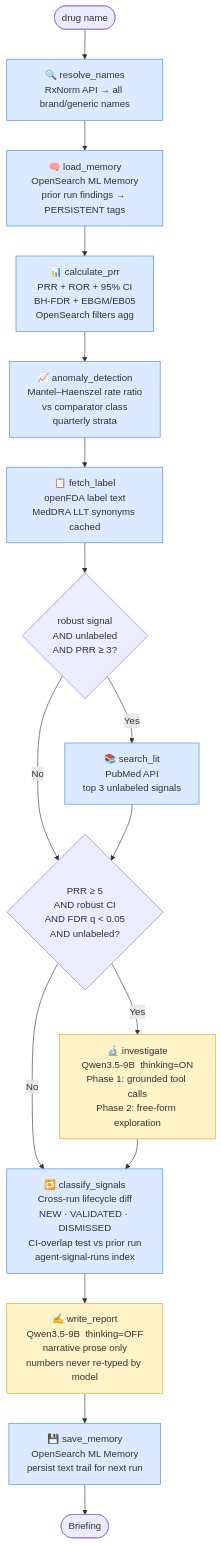
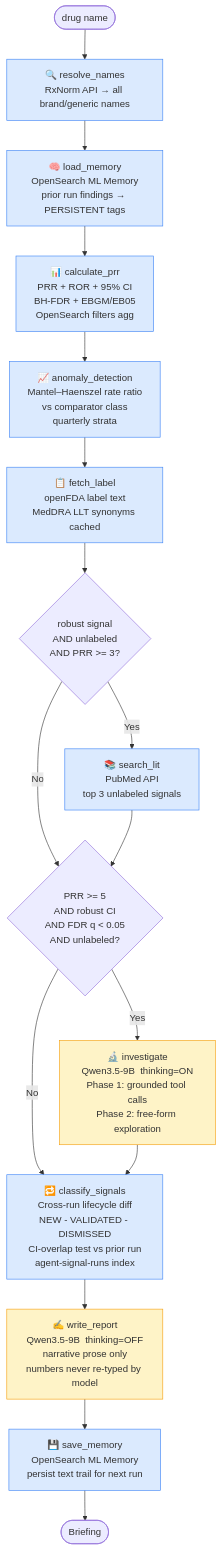
One commit to al-Zamakhshari/drug-safety-signal-agent changed the first of 4 diagrams in README.md. Above: the diagram before and after it, drawn with Mermaid. The commit also changed other lines of this file, not shown here.

First line of the commit message:
Fix all Mermaid diagram parse errors in README

````diff
--- a/README.md
+++ b/README.md
@@ -52,53 +52,53 @@
 ```mermaid
 flowchart TD
     start([drug name]) --> RN
 
     RN["🔍 resolve_names\nRxNorm API → all brand/generic names"]
     RN --> LM
 
     LM["🧠 load_memory\nOpenSearch ML Memory\nprior run findings → PERSISTENT tags"]
     LM --> PRR
 
     PRR["📊 calculate_prr\nPRR + ROR + 95% CI\nBH-FDR + EBGM/EB05\nOpenSearch filters agg"]
     PRR --> AD
 
     AD["📈 anomaly_detection\nMantel–Haenszel rate ratio\nvs comparator class\nquarterly strata"]
     AD --> FL
 
     FL["📋 fetch_label\nopenFDA label text\nMedDRA LLT synonyms cached"]
     FL --> R1
 
-    R1{robust signal\nAND unlabeled\nAND PRR ≥ 3?}
+    R1{"robust signal\nAND unlabeled\nAND PRR >= 3?"}
     R1 -->|Yes| SL
     R1 -->|No| R2
 
     SL["📚 search_lit\nPubMed API\ntop 3 unlabeled signals"]
     SL --> R2
 
-    R2{PRR ≥ 5\nAND robust CI\nAND FDR q < 0.05\nAND unlabeled?}
+    R2{"PRR >= 5\nAND robust CI\nAND FDR q < 0.05\nAND unlabeled?"}
     R2 -->|Yes| INV
     R2 -->|No| CS
 
     INV["🔬 investigate\nQwen3.5-9B  thinking=ON\nPhase 1: grounded tool calls\nPhase 2: free-form exploration"]
     INV --> CS
 
-    CS["🔁 classify_signals\nCross-run lifecycle diff\nNEW · VALIDATED · DISMISSED\nCI-overlap test vs prior run\nagent-signal-runs index"]
+    CS["🔁 classify_signals\nCross-run lifecycle diff\nNEW - VALIDATED - DISMISSED\nCI-overlap test vs prior run\nagent-signal-runs index"]
     CS --> WR
 
     WR["✍️ write_report\nQwen3.5-9B  thinking=OFF\nnarrative prose only\nnumbers never re-typed by model"]
     WR --> SM
 
     SM["💾 save_memory\nOpenSearch ML Memory\npersist text trail for next run"]
     SM --> out([Briefing])
 
     style PRR fill:#dbeafe,stroke:#3b82f6
     style AD fill:#dbeafe,stroke:#3b82f6
     style FL fill:#dbeafe,stroke:#3b82f6
     style SL fill:#dbeafe,stroke:#3b82f6
     style RN fill:#dbeafe,stroke:#3b82f6
     style LM fill:#dbeafe,stroke:#3b82f6
     style CS fill:#dbeafe,stroke:#3b82f6
     style SM fill:#dbeafe,stroke:#3b82f6
     style INV fill:#fef3c7,stroke:#f59e0b
     style WR fill:#fef3c7,stroke:#f59e0b
 ```
````
